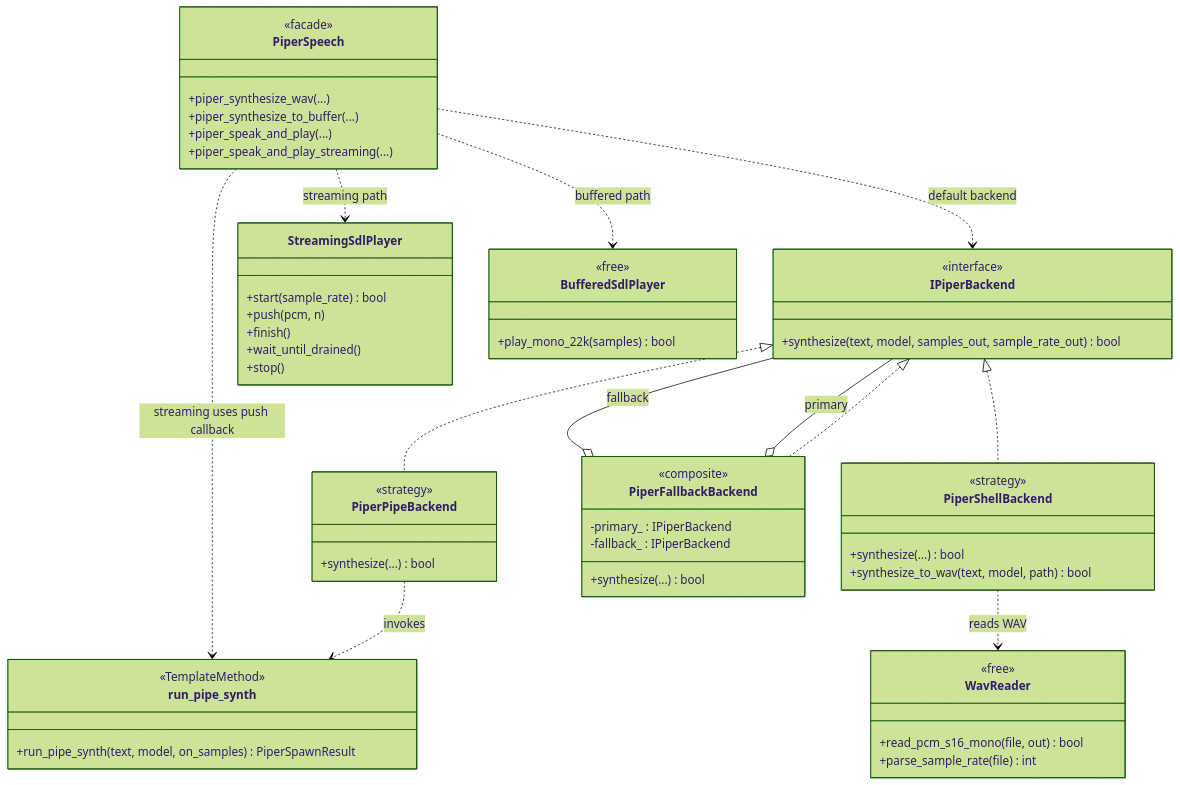
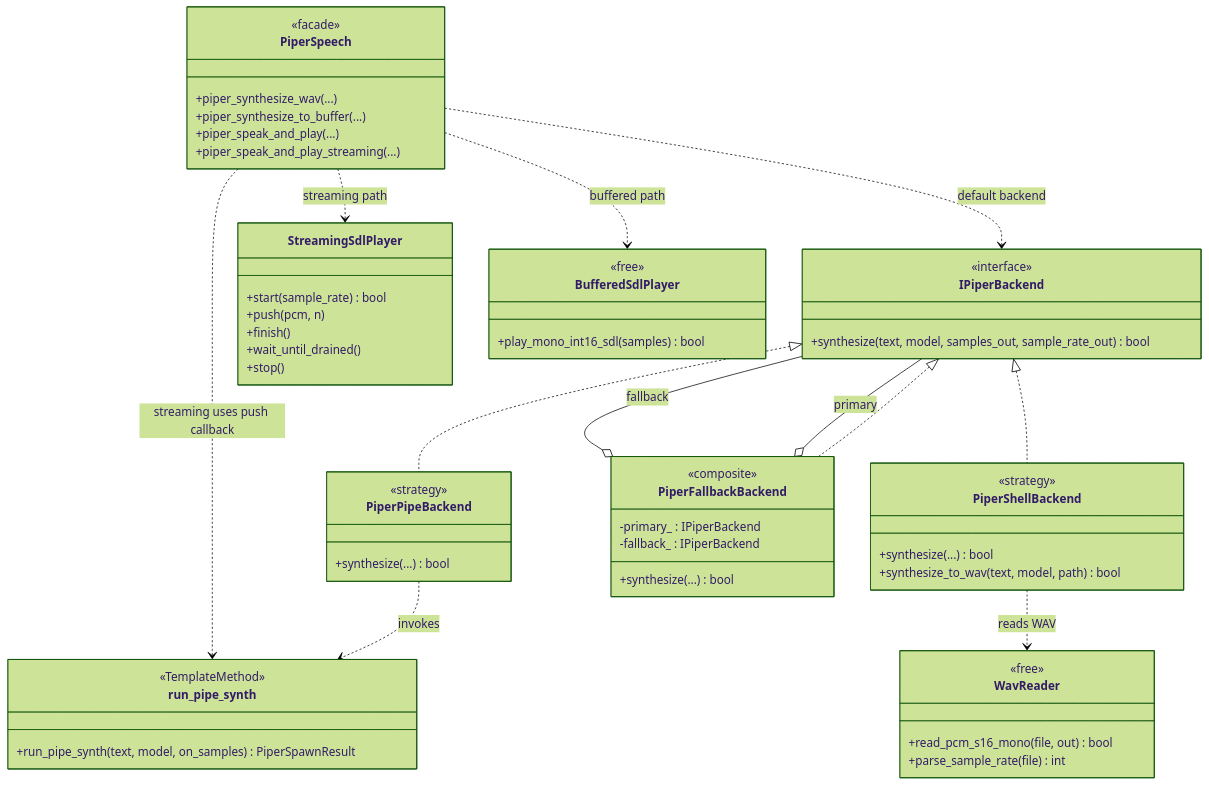
The first of 3 diagrams in sound/src/tts/README.md (vduckute1812/hecquin), drawn with Mermaid (forest theme) before and after one commit. The commit also changed other lines of this file and 20 other files, not shown here.

````diff
--- a/sound/src/tts/README.md
+++ b/sound/src/tts/README.md
@@ -54,61 +54,61 @@
 ```mermaid
 classDiagram
     class IPiperBackend {
         <<interface>>
         +synthesize(text, model, samples_out, sample_rate_out) bool
     }
     class PiperPipeBackend {
         <<strategy>>
         +synthesize(...) bool
     }
     class PiperShellBackend {
         <<strategy>>
         +synthesize(...) bool
         +synthesize_to_wav(text, model, path) bool
     }
     class PiperFallbackBackend {
         <<composite>>
         -primary_ : IPiperBackend
         -fallback_ : IPiperBackend
         +synthesize(...) bool
     }
     class PiperSpeech {
         <<facade>>
         +piper_synthesize_wav(...)
         +piper_synthesize_to_buffer(...)
         +piper_speak_and_play(...)
         +piper_speak_and_play_streaming(...)
     }
     class run_pipe_synth {
         <<TemplateMethod>>
         +run_pipe_synth(text, model, on_samples) PiperSpawnResult
     }
     class StreamingSdlPlayer {
         +start(sample_rate) bool
         +push(pcm, n)
         +finish()
         +wait_until_drained()
         +stop()
     }
     class BufferedSdlPlayer {
         <<free>>
-        +play_mono_22k(samples) bool
+        +play_mono_int16_sdl(samples) bool
     }
     class WavReader {
         <<free>>
         +read_pcm_s16_mono(file, out) bool
         +parse_sample_rate(file) int
     }
 
     IPiperBackend <|.. PiperPipeBackend
     IPiperBackend <|.. PiperShellBackend
     IPiperBackend <|.. PiperFallbackBackend
     PiperFallbackBackend o-- IPiperBackend : primary
     PiperFallbackBackend o-- IPiperBackend : fallback
     PiperPipeBackend ..> run_pipe_synth : invokes
     PiperShellBackend ..> WavReader : reads WAV
     PiperSpeech ..> IPiperBackend : default backend
     PiperSpeech ..> StreamingSdlPlayer : streaming path
     PiperSpeech ..> BufferedSdlPlayer : buffered path
     PiperSpeech ..> run_pipe_synth : streaming uses push callback
 ```
````
